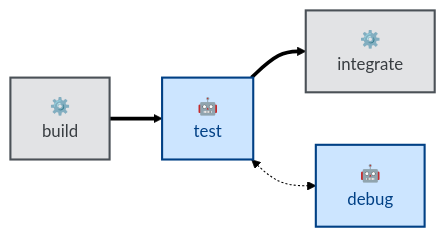
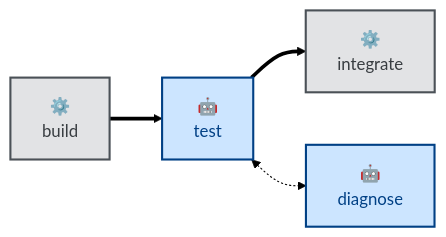
The diagram in skills/test/README.md (kieranpotts/skills), drawn with Mermaid (forest theme) before and after one commit. The commit also changed other lines of this file and 7 other files, not shown here.

Commit message:
feature: rename debug to diagnose - BREAKING

````diff
--- a/skills/test/README.md
+++ b/skills/test/README.md
@@ -44,18 +44,18 @@
 ```mermaid
 flowchart LR
   %% Node labels and classes.
   build["⚙️<br/>build"]:::scripted
   test["🤖<br/>test"]:::agentic
   integrate["⚙️<br/>integrate"]:::scripted
-  debug["🤖<br/>debug"]:::agentic
+  diagnose["🤖<br/>diagnose"]:::agentic
 
   %% Main workflow sequence.
   build ==> test
   test ==> integrate
-  test <-.-> debug
+  test <-.-> diagnose
 
   %% Class definitions.
   classDef agentic fill:#cce5ff,stroke:#004085,color:#004085,stroke-width:2px
   classDef scripted fill:#e2e3e5,stroke:#4b5157,color:#383d41,stroke-width:2px
   classDef anthropic fill:#fff3cd,stroke:#856404,color:#856404,stroke-width:1px,stroke-dasharray:2 3
 ```
````
